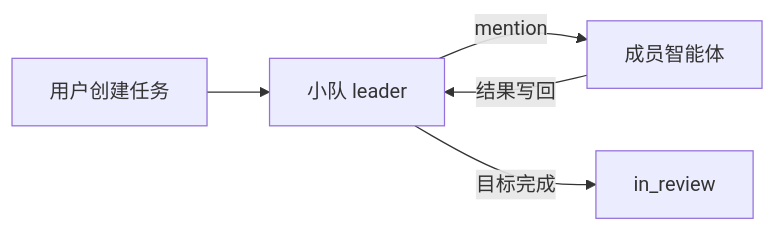
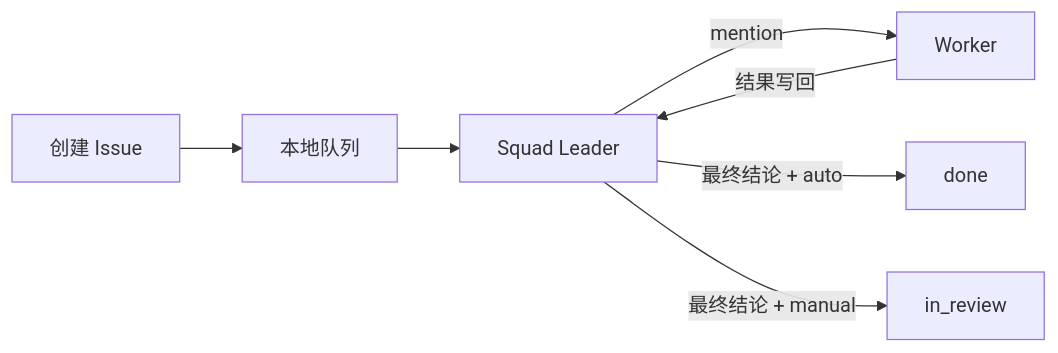
Before and after one commit to cunzai97/multica-mini: the diagram in README.md, drawn with Mermaid. The commit also changed other lines of this file and 22 other files, not shown here.

````diff
--- a/README.md
+++ b/README.md
@@ -53,7 +57,9 @@
 ```mermaid
 flowchart LR
-    Human[用户创建任务] --> Leader[小队 leader]
-    Leader -->|mention| Worker[成员智能体]
+    Human[创建 Issue] --> Queue[本地队列]
+    Queue --> Leader[Squad Leader]
+    Leader -->|mention| Worker[Worker]
     Worker -->|结果写回| Leader
-    Leader -->|目标完成| Review[in_review]
+    Leader -->|最终结论 + auto| Done[done]
+    Leader -->|最终结论 + manual| Review[in_review]
 ```
````
